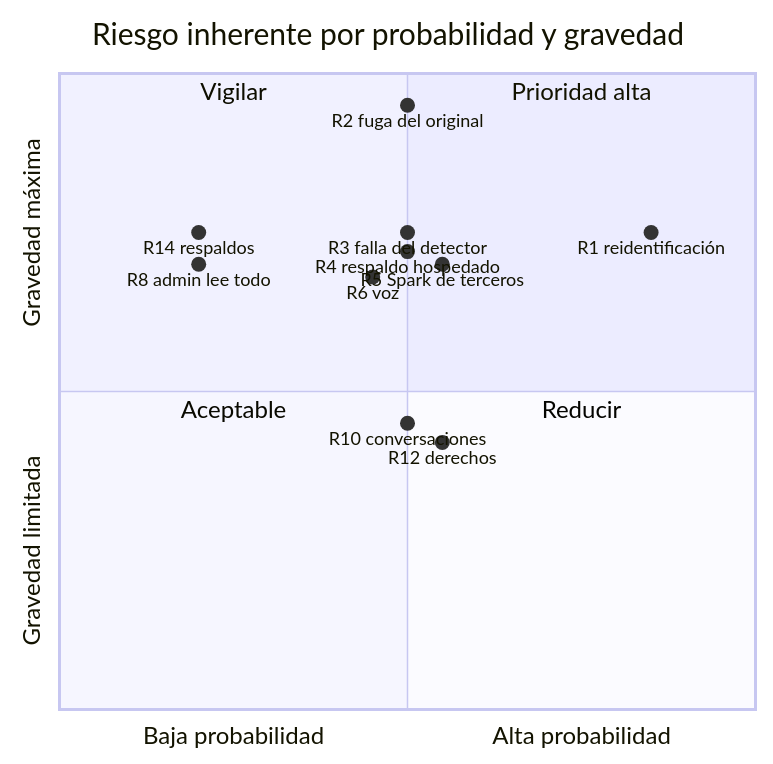
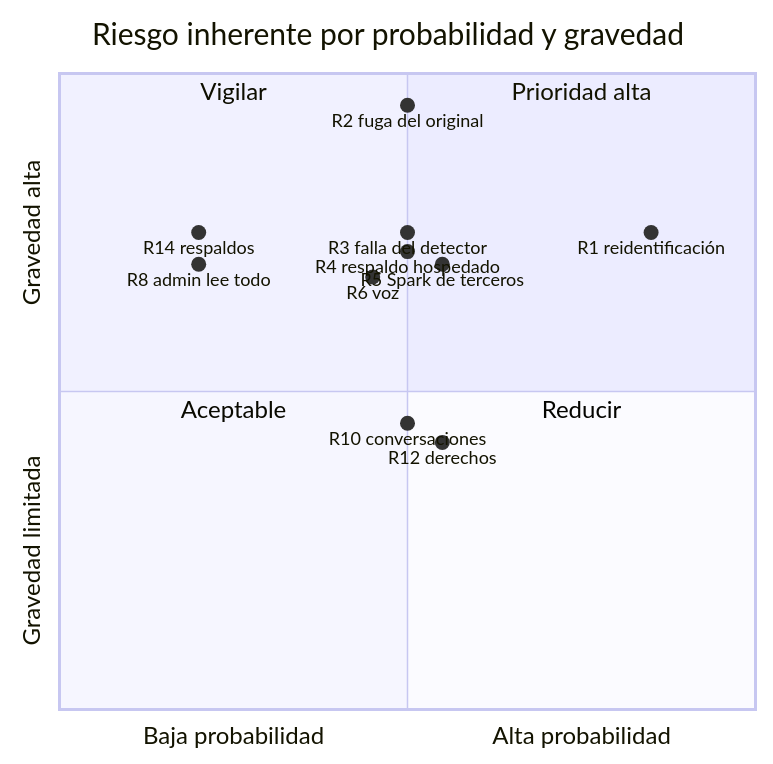
One commit to ecosistemas-de-conocimiento/ecosistemas-de-conocimiento changed the second of 2 diagrams in docs/06-privacidad-y-seguridad/evaluacion-de-impacto-privacidad.md. Above: the diagram before and after it, drawn with Mermaid. The commit also changed 2 other files, not shown here.

Commit message:
docs: diagramas mermaid con etiquetas entre comillas (flechas con punto y coma, puntos con acentos)

````diff
--- a/docs/06-privacidad-y-seguridad/evaluacion-de-impacto-privacidad.md
+++ b/docs/06-privacidad-y-seguridad/evaluacion-de-impacto-privacidad.md
@@ -191,20 +191,20 @@
 ```mermaid
 quadrantChart
   title Riesgo inherente por probabilidad y gravedad
   x-axis Baja probabilidad --> Alta probabilidad
-  y-axis Gravedad limitada --> Gravedad máxima
+  y-axis Gravedad limitada --> Gravedad alta
   quadrant-1 Prioridad alta
   quadrant-2 Vigilar
   quadrant-3 Aceptable
   quadrant-4 Reducir
-  R1 reidentificación: [0.85, 0.75]
-  R2 fuga del original: [0.5, 0.95]
-  R3 falla del detector: [0.5, 0.75]
-  R4 respaldo hospedado: [0.5, 0.72]
-  R5 Spark de terceros: [0.55, 0.7]
-  R6 voz: [0.45, 0.68]
-  R8 admin lee todo: [0.2, 0.7]
-  R10 conversaciones: [0.5, 0.45]
-  R12 derechos: [0.55, 0.42]
-  R14 respaldos: [0.2, 0.75]
+  "R1 reidentificación": [0.85, 0.75]
+  "R2 fuga del original": [0.5, 0.95]
+  "R3 falla del detector": [0.5, 0.75]
+  "R4 respaldo hospedado": [0.5, 0.72]
+  "R5 Spark de terceros": [0.55, 0.7]
+  "R6 voz": [0.45, 0.68]
+  "R8 admin lee todo": [0.2, 0.7]
+  "R10 conversaciones": [0.5, 0.45]
+  "R12 derechos": [0.55, 0.42]
+  "R14 respaldos": [0.2, 0.75]
 ```
````
